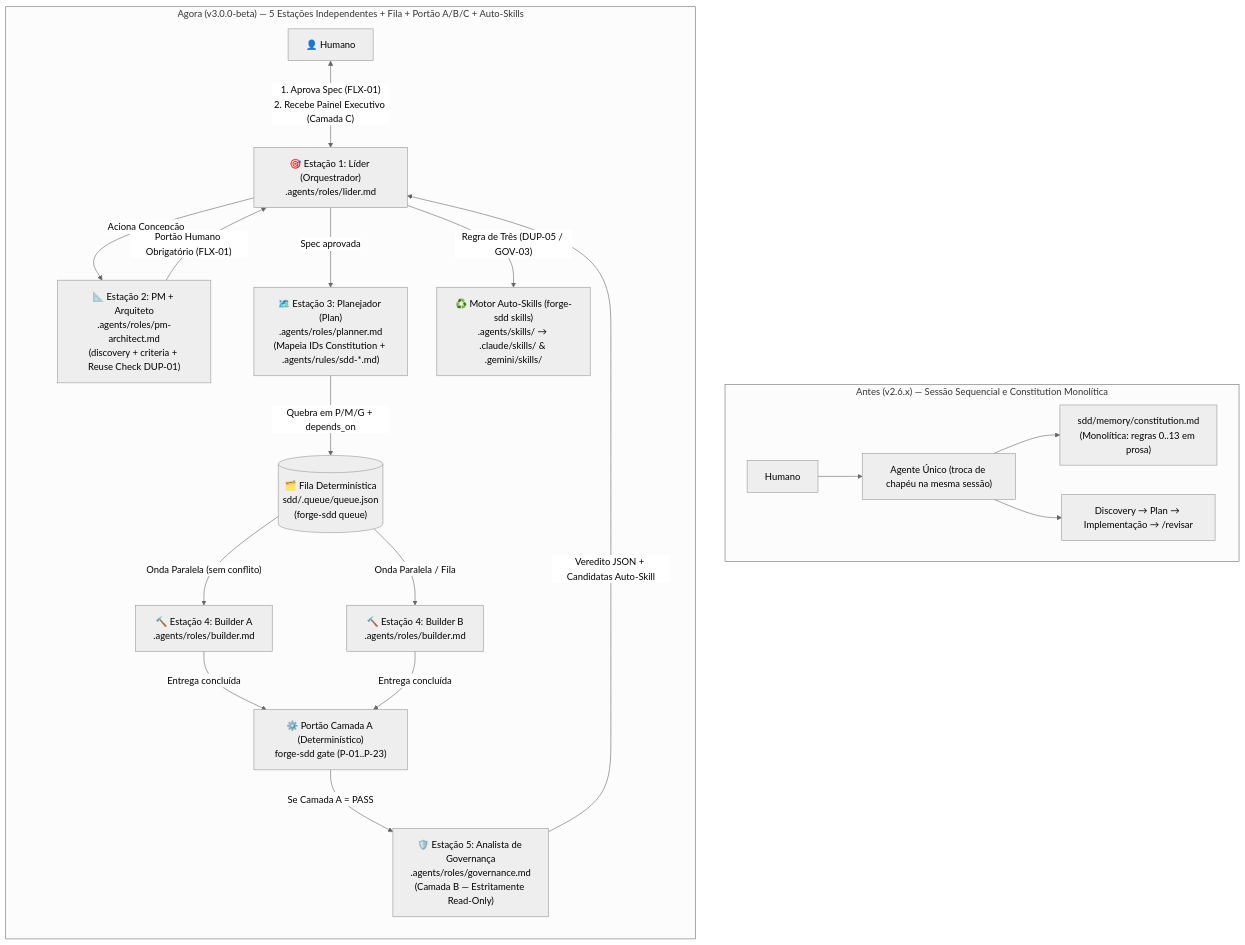
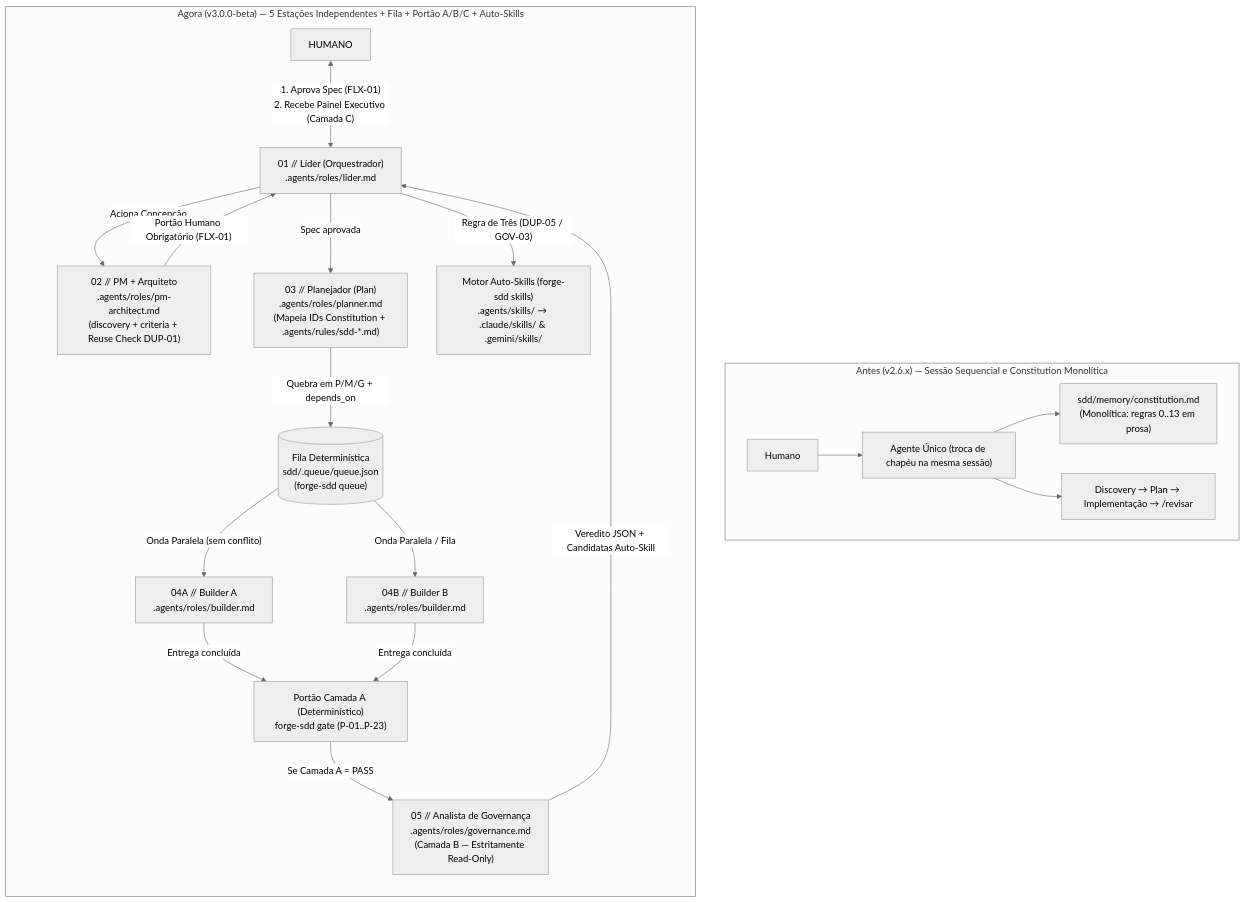
Before and after one commit to nathanramorim/forge-sdd: the first of 2 diagrams in sdd/spec/overview.md, drawn with Mermaid (neutral theme). The commit also changed 3 other files, not shown here.

````diff
--- a/sdd/spec/overview.md
+++ b/sdd/spec/overview.md
@@ -17,28 +17,28 @@
 ```mermaid
 flowchart TB
     subgraph V2["Antes (v2.6.x) — Sessão Sequencial e Constitution Monolítica"]
         direction LR
         U2["Humano"] --> A2["Agente Único (troca de chapéu na mesma sessão)"]
         A2 --> C2["sdd/memory/constitution.md<br/>(Monolítica: regras 0..13 em prosa)"]
         A2 --> S2["Discovery → Plan → Implementação → /revisar"]
     end
 
     subgraph V3["Agora (v3.0.0-beta) — 5 Estações Independentes + Fila + Portão A/B/C + Auto-Skills"]
         direction TB
-        H["👤 Humano"] <-->|"1. Aprova Spec (FLX-01)<br/>2. Recebe Painel Executivo (Camada C)"| L["🎯 Estação 1: Líder (Orquestrador)<br/>.agents/roles/lider.md"]
+        H["HUMANO"] <-->|"1. Aprova Spec (FLX-01)<br/>2. Recebe Painel Executivo (Camada C)"| L["01 // Líder (Orquestrador)<br/>.agents/roles/lider.md"]
 
-        L -->|"Aciona Concepção"| PM["📐 Estação 2: PM + Arquiteto<br/>.agents/roles/pm-architect.md<br/>(discovery + criteria + Reuse Check DUP-01)"]
+        L -->|"Aciona Concepção"| PM["02 // PM + Arquiteto<br/>.agents/roles/pm-architect.md<br/>(discovery + criteria + Reuse Check DUP-01)"]
         PM -->|"Portão Humano Obrigatório (FLX-01)"| L
 
-        L -->|"Spec aprovada"| PL["🗺️ Estação 3: Planejador (Plan)<br/>.agents/roles/planner.md<br/>(Mapeia IDs Constitution + .agents/rules/sdd-*.md)"]
-        PL -->|"Quebra em P/M/G + depends_on"| Q[("🗂️ Fila Determinística<br/>sdd/.queue/queue.json<br/>(forge-sdd queue)")]
+        L -->|"Spec aprovada"| PL["03 // Planejador (Plan)<br/>.agents/roles/planner.md<br/>(Mapeia IDs Constitution + .agents/rules/sdd-*.md)"]
+        PL -->|"Quebra em P/M/G + depends_on"| Q[("Fila Determinística<br/>sdd/.queue/queue.json<br/>(forge-sdd queue)")]
 
-        Q -->|"Onda Paralela (sem conflito)"| B1["🔨 Estação 4: Builder A<br/>.agents/roles/builder.md"]
-        Q -->|"Onda Paralela / Fila"| B2["🔨 Estação 4: Builder B<br/>.agents/roles/builder.md"]
+        Q -->|"Onda Paralela (sem conflito)"| B1["04A // Builder A<br/>.agents/roles/builder.md"]
+        Q -->|"Onda Paralela / Fila"| B2["04B // Builder B<br/>.agents/roles/builder.md"]
 
-        B1 & B2 -->|"Entrega concluída"| GA["⚙️ Portão Camada A (Determinístico)<br/>forge-sdd gate (P-01..P-23)"]
-        GA -->|"Se Camada A = PASS"| GB["🛡️ Estação 5: Analista de Governança<br/>.agents/roles/governance.md<br/>(Camada B — Estritamente Read-Only)"]
+        B1 & B2 -->|"Entrega concluída"| GA["Portão Camada A (Determinístico)<br/>forge-sdd gate (P-01..P-23)"]
+        GA -->|"Se Camada A = PASS"| GB["05 // Analista de Governança<br/>.agents/roles/governance.md<br/>(Camada B — Estritamente Read-Only)"]
         GB -->|"Veredito JSON + Candidatas Auto-Skill"| L
-        L -->|"Regra de Três (DUP-05 / GOV-03)"| SK["♻️ Motor Auto-Skills (forge-sdd skills)<br/>.agents/skills/ → .claude/skills/ & .gemini/skills/"]
+        L -->|"Regra de Três (DUP-05 / GOV-03)"| SK["Motor Auto-Skills (forge-sdd skills)<br/>.agents/skills/ → .claude/skills/ & .gemini/skills/"]
     end
 ```
````
